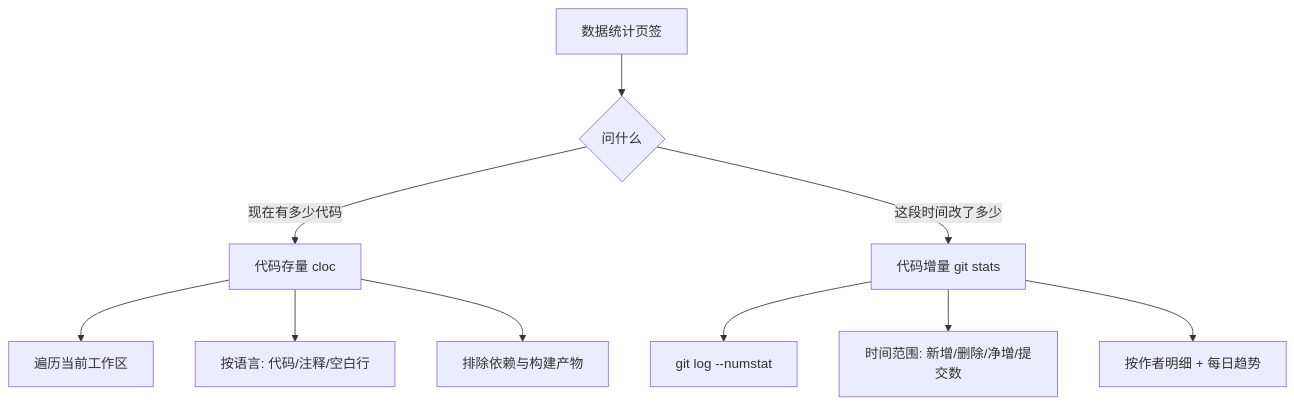
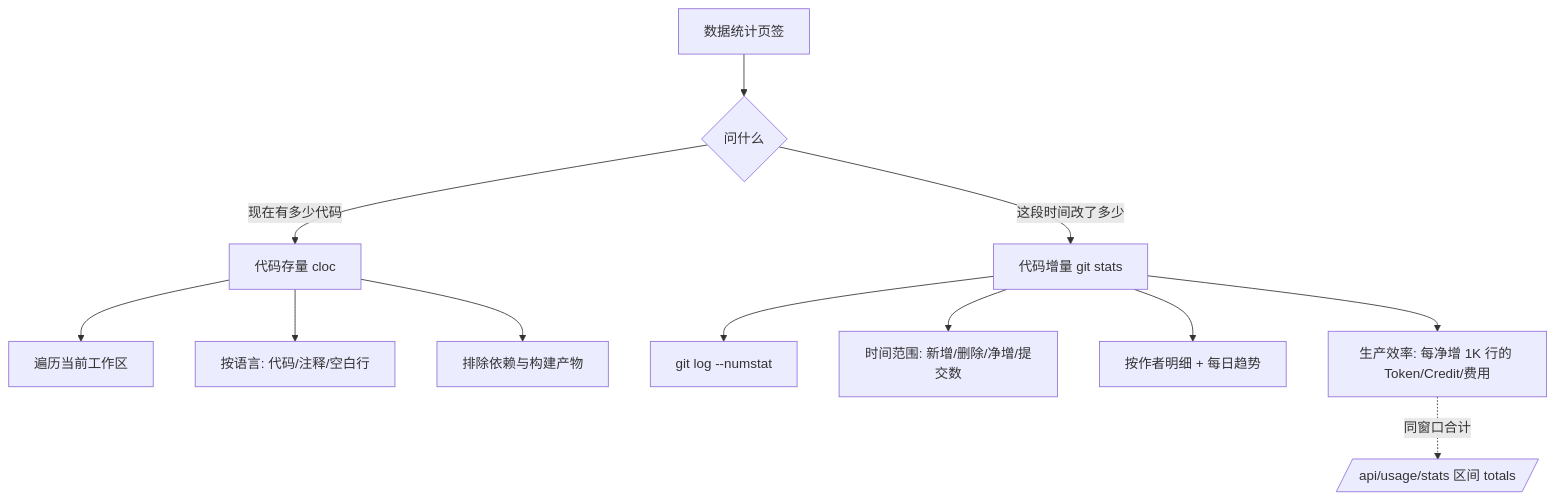
The second of 3 diagrams in docs/spec/features/git-management.md (clawbench-dev/clawbench), drawn with Mermaid before and after one commit. The commit also changed other lines of this file and 18 other files, not shown here.

````diff
--- a/docs/spec/features/git-management.md
+++ b/docs/spec/features/git-management.md
@@ -34,14 +34,17 @@
 ```mermaid
 flowchart TD
     A[数据统计页签] --> B{问什么}
     B -->|现在有多少代码| C[代码存量 cloc]
     B -->|这段时间改了多少| D[代码增量 git stats]
 
     C --> C1[遍历当前工作区]
     C --> C2[按语言: 代码/注释/空白行]
     C --> C3[排除依赖与构建产物]
 
     D --> D1[git log --numstat]
     D --> D2[时间范围: 新增/删除/净增/提交数]
     D --> D3[按作者明细 + 每日趋势]
+    D --> D4[生产效率: 每净增 1K 行的 Token/Credit/费用]
+
+    D4 -.同窗口合计.-> F[/api/usage/stats 区间 totals/]
 ```
````
